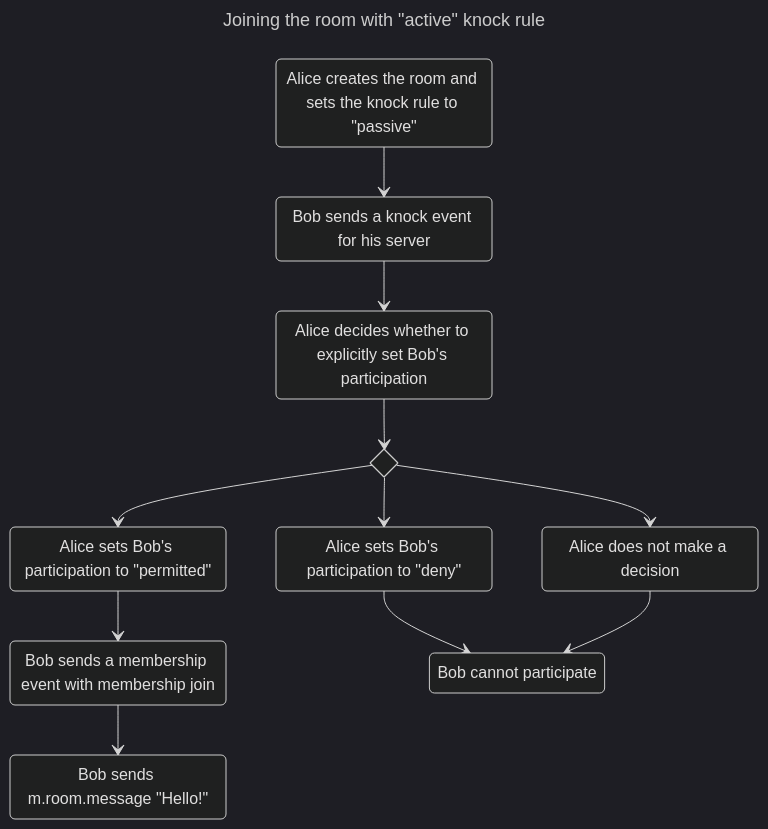
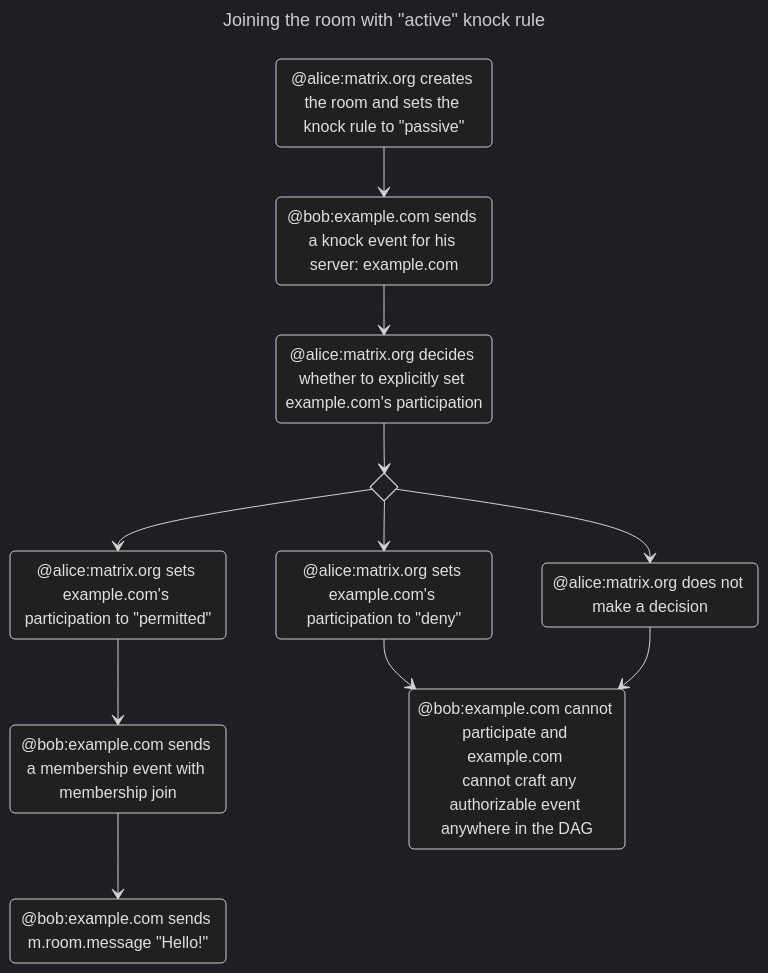
One commit to matrix-org/matrix-spec-proposals changed the fourth of 4 diagrams in proposals/4124-server-auth-simple.md. Above: the diagram before and after it, drawn with Mermaid (dark theme).

Commit message:
clearer active knock rule diagram

````diff
--- a/proposals/4124-server-auth-simple.md
+++ b/proposals/4124-server-auth-simple.md
@@ -220,26 +220,26 @@
 ```mermaid
 ---
 title: Joining the room with "active" knock rule
 ---
 stateDiagram-v2
-    create: Alice creates the room and sets the knock rule to "passive"
-    bobKnock: Bob sends a knock event for his server
+    create: @alice#colon;matrix.org creates the room and sets the knock rule to "passive"
+    bobKnock: @bob#colon;example.com sends a knock event for his server#colon; example.com
     create --> bobKnock
     state aliceChoice <<choice>>
-    aliceChoiceText: Alice decides whether to explicitly set Bob's participation
+    aliceChoiceText: @alice#colon;matrix.org decides whether to explicitly set example.com's participation
     bobKnock --> aliceChoiceText
     aliceChoiceText --> aliceChoice
-    aliceDeny: Alice sets Bob's participation to "deny"
-    alicePermit: Alice sets Bob's participation to "permitted"
-    aliceImplicit: Alice does not make a decision
+    aliceDeny: @alice#colon;matrix.org sets example.com's participation to "deny"
+    alicePermit: @alice#colon;matrix.org sets example.com's participation to "permitted"
+    aliceImplicit: @alice#colon;matrix.org does not make a decision
     aliceChoice --> aliceDeny
     aliceChoice --> alicePermit
     aliceChoice --> aliceImplicit
-    bobJoin: Bob sends a membership event with membership join
-    bobHello: Bob sends m.room.message "Hello!"
-    bobCannotParticipate: Bob cannot participate
+    bobJoin: @bob#colon;example.com sends a membership event with membership join
+    bobHello: @bob#colon;example.com sends m.room.message "Hello!"
+    bobCannotParticipate: @bob#colon;example.com cannot participate and example.com <br>  cannot craft any authorizable event anywhere in the DAG
     aliceDeny --> bobCannotParticipate
     aliceImplicit --> bobCannotParticipate
     alicePermit --> bobJoin
     bobJoin --> bobHello
 ```
````
